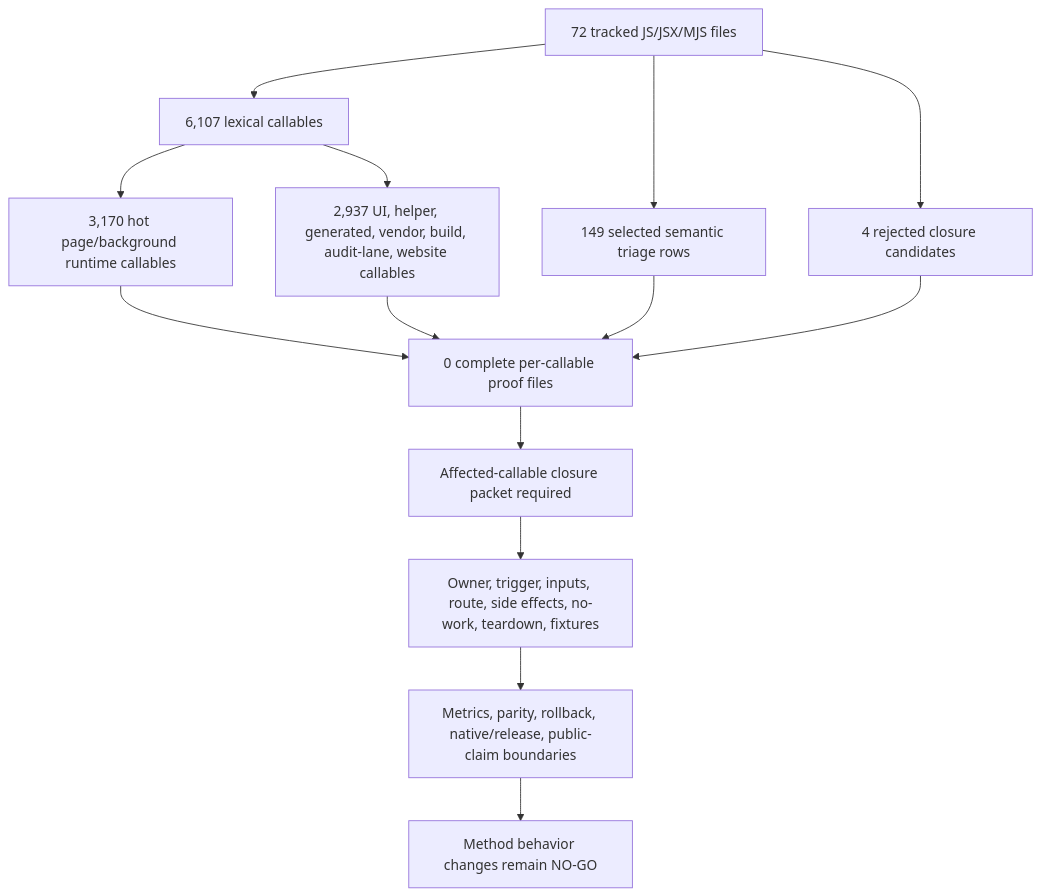
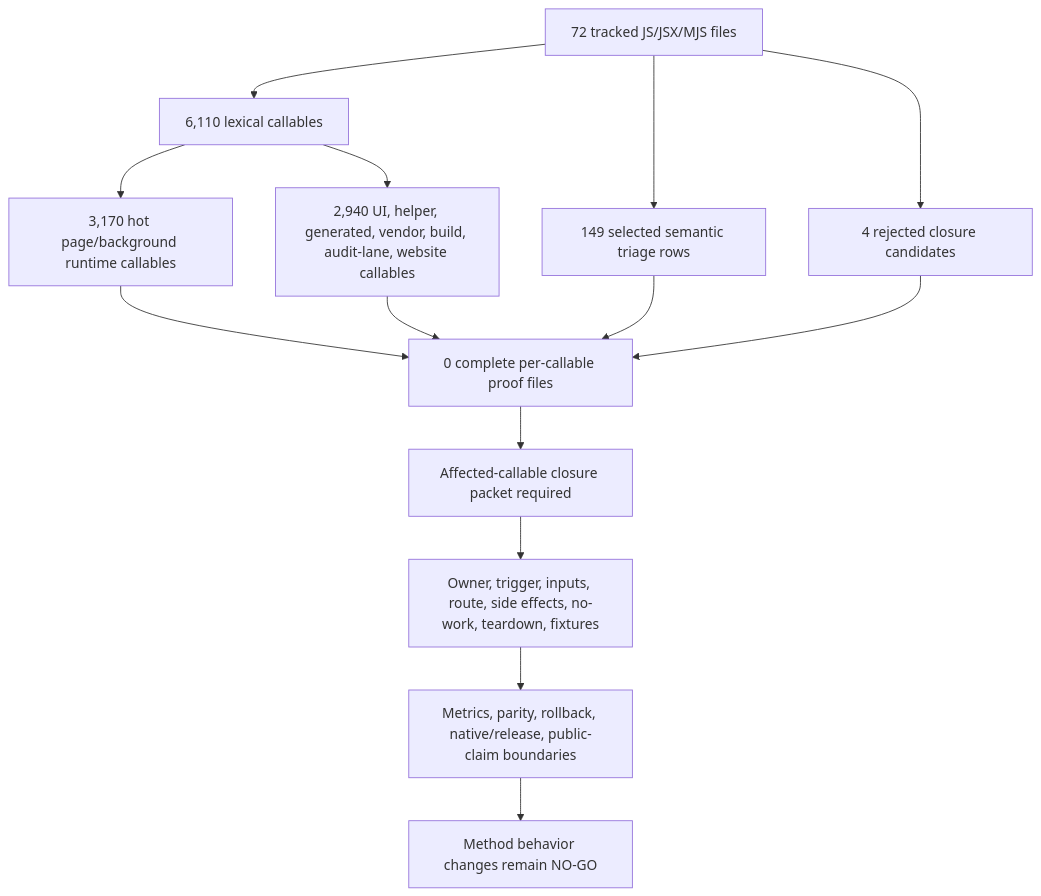
Before and after one commit to varshneydevansh/FilterTube: the first of 2 diagrams in docs/audit/FILTERTUBE_METHOD_SEMANTIC_PROOF_GAP_INDEX_CURRENT_BEHAVIOR_2026-05-25.md, drawn with Mermaid. The commit also changed other lines of this file and 49 other files, not shown here.

````diff
--- a/docs/audit/FILTERTUBE_METHOD_SEMANTIC_PROOF_GAP_INDEX_CURRENT_BEHAVIOR_2026-05-25.md
+++ b/docs/audit/FILTERTUBE_METHOD_SEMANTIC_PROOF_GAP_INDEX_CURRENT_BEHAVIOR_2026-05-25.md
@@ -147,16 +147,16 @@
 ```mermaid
 flowchart TD
-  A["72 tracked JS/JSX/MJS files"] --> B["6,107 lexical callables"]
+  A["72 tracked JS/JSX/MJS files"] --> B["6,110 lexical callables"]
   B --> C["3,170 hot page/background runtime callables"]
-  B --> D["2,937 UI, helper, generated, vendor, build, audit-lane, website callables"]
+  B --> D["2,940 UI, helper, generated, vendor, build, audit-lane, website callables"]
   A --> E["149 selected semantic triage rows"]
   A --> F["4 rejected closure candidates"]
   C --> G["0 complete per-callable proof files"]
   D --> G
   E --> G
   F --> G
   G --> H["Affected-callable closure packet required"]
   H --> I["Owner, trigger, inputs, route, side effects, no-work, teardown, fixtures"]
   I --> J["Metrics, parity, rollback, native/release, public-claim boundaries"]
   J --> K["Method behavior changes remain NO-GO"]
 ```
````
